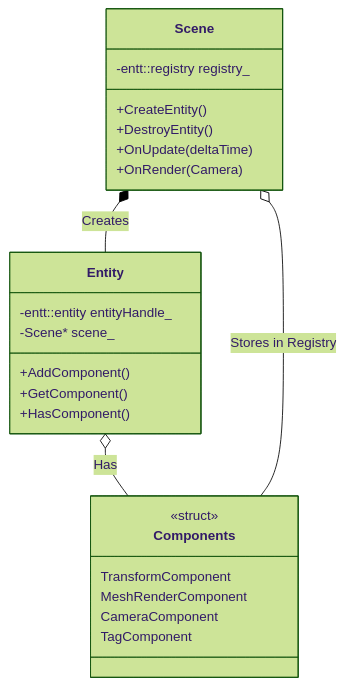
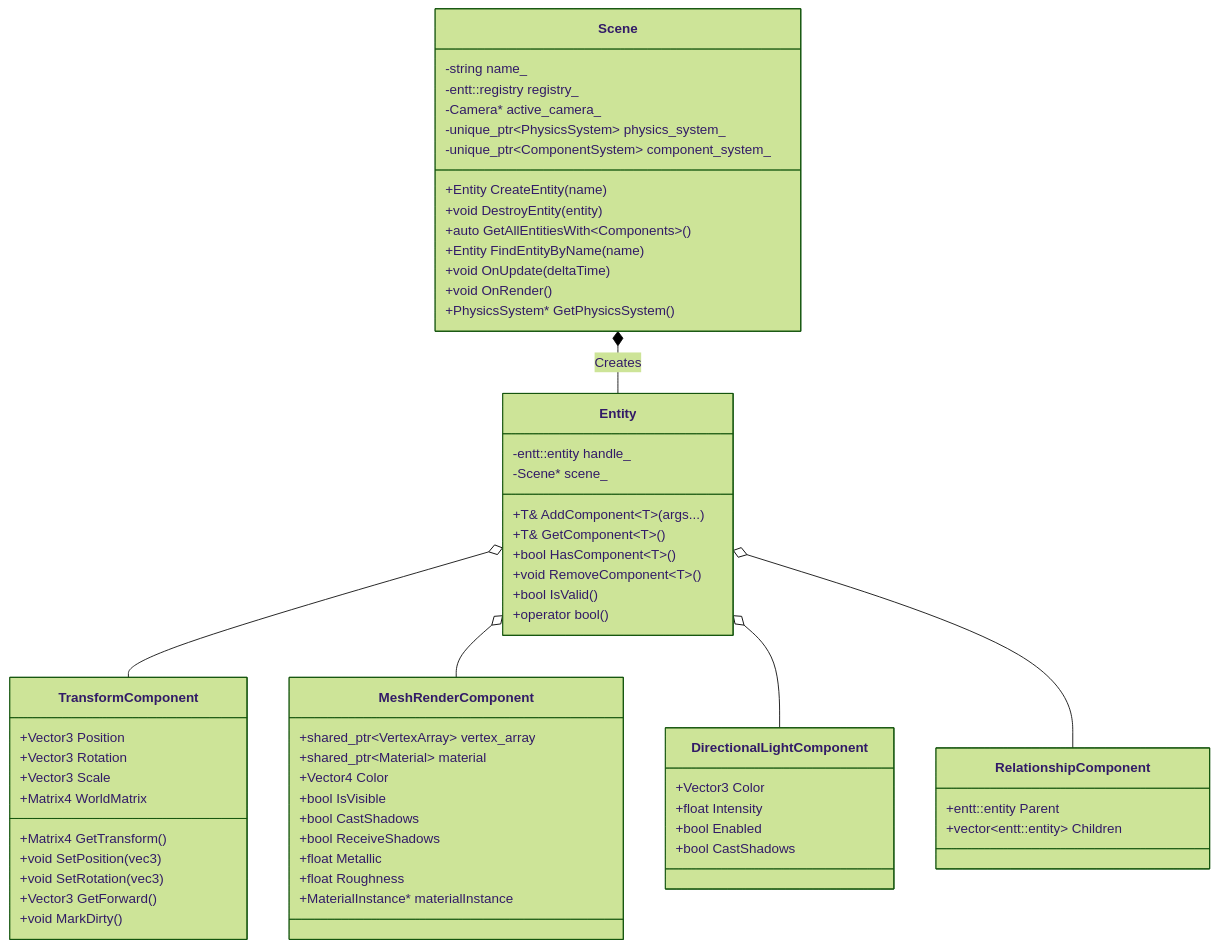
The sixth of 13 diagrams in docs/Architecture.md (lucas85235/Monster-Engine), drawn with Mermaid (forest theme) before and after one commit. The commit also changed other lines of this file and 31 other files, not shown here.

````diff
--- a/docs/Architecture.md
+++ b/docs/Architecture.md
@@ -199,30 +310,70 @@
 ```mermaid
 classDiagram
     class Scene {
-        +CreateEntity()
-        +DestroyEntity()
-        +OnUpdate(deltaTime)
-        +OnRender(Camera)
+        -string name_
         -entt::registry registry_
+        -Camera* active_camera_
+        -unique_ptr~PhysicsSystem~ physics_system_
+        -unique_ptr~ComponentSystem~ component_system_
+        +Entity CreateEntity(name)
+        +void DestroyEntity(entity)
+        +auto GetAllEntitiesWith~Components~()
+        +Entity FindEntityByName(name)
+        +void OnUpdate(deltaTime)
+        +void OnRender()
+        +PhysicsSystem* GetPhysicsSystem()
     }
 
     class Entity {
-        +AddComponent()
-        +GetComponent()
-        +HasComponent()
-        -entt::entity entityHandle_
+        -entt::entity handle_
         -Scene* scene_
+        +T& AddComponent~T~(args...)
+        +T& GetComponent~T~()
+        +bool HasComponent~T~()
+        +void RemoveComponent~T~()
+        +bool IsValid()
+        +operator bool()
     }
 
-    class Components {
-        <<struct>>
-        TransformComponent
-        MeshRenderComponent
-        CameraComponent
-        TagComponent
+    class TransformComponent {
+        +Vector3 Position
+        +Vector3 Rotation
+        +Vector3 Scale
+        +Matrix4 WorldMatrix
+        +Matrix4 GetTransform()
+        +void SetPosition(vec3)
+        +void SetRotation(vec3)
+        +Vector3 GetForward()
+        +void MarkDirty()
+    }
+
+    class MeshRenderComponent {
+        +shared_ptr~VertexArray~ vertex_array
+        +shared_ptr~Material~ material
+        +Vector4 Color
+        +bool IsVisible
+        +bool CastShadows
+        +bool ReceiveShadows
+        +float Metallic
+        +float Roughness
+        +MaterialInstance* materialInstance
+    }
+
+    class DirectionalLightComponent {
+        +Vector3 Color
+        +float Intensity
+        +bool Enabled
+        +bool CastShadows
+    }
+
+    class RelationshipComponent {
+        +entt::entity Parent
+        +vector~entt::entity~ Children
     }
 
     Scene *-- Entity : Creates
-    Entity o-- Components : Has
-    Scene o-- Components : Stores in Registry
+    Entity o-- TransformComponent
+    Entity o-- MeshRenderComponent
+    Entity o-- DirectionalLightComponent
+    Entity o-- RelationshipComponent
 ```
````
